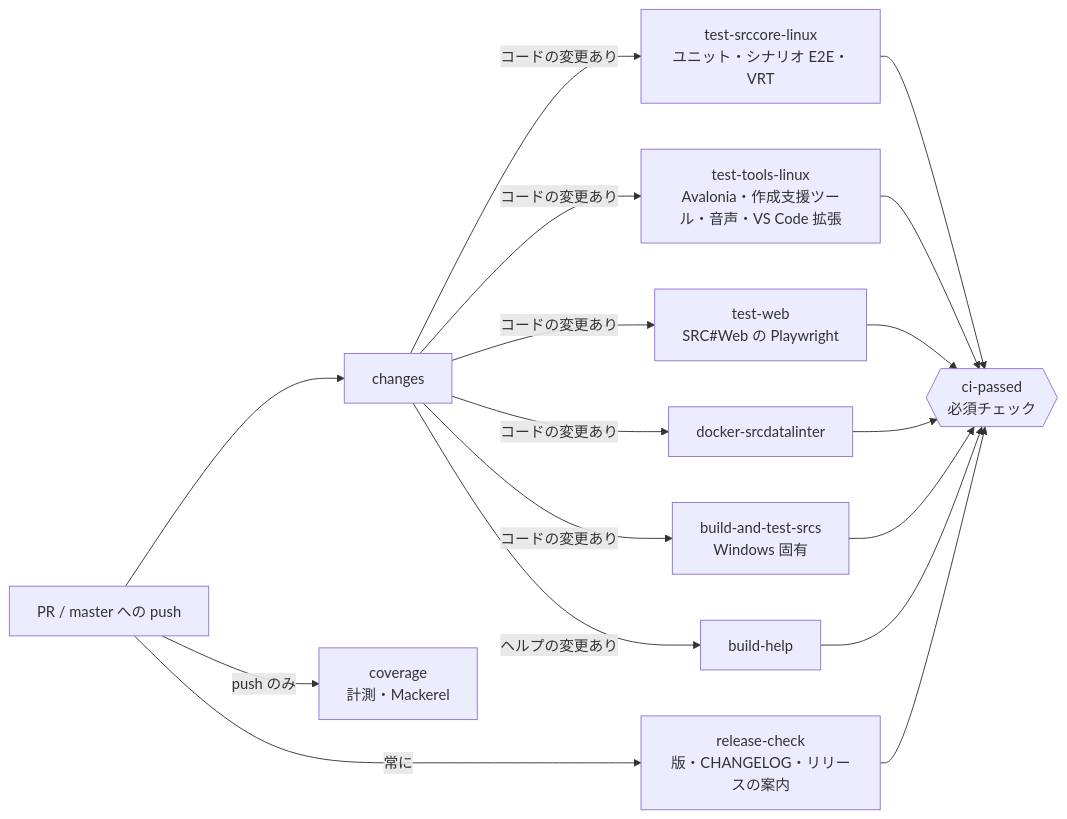
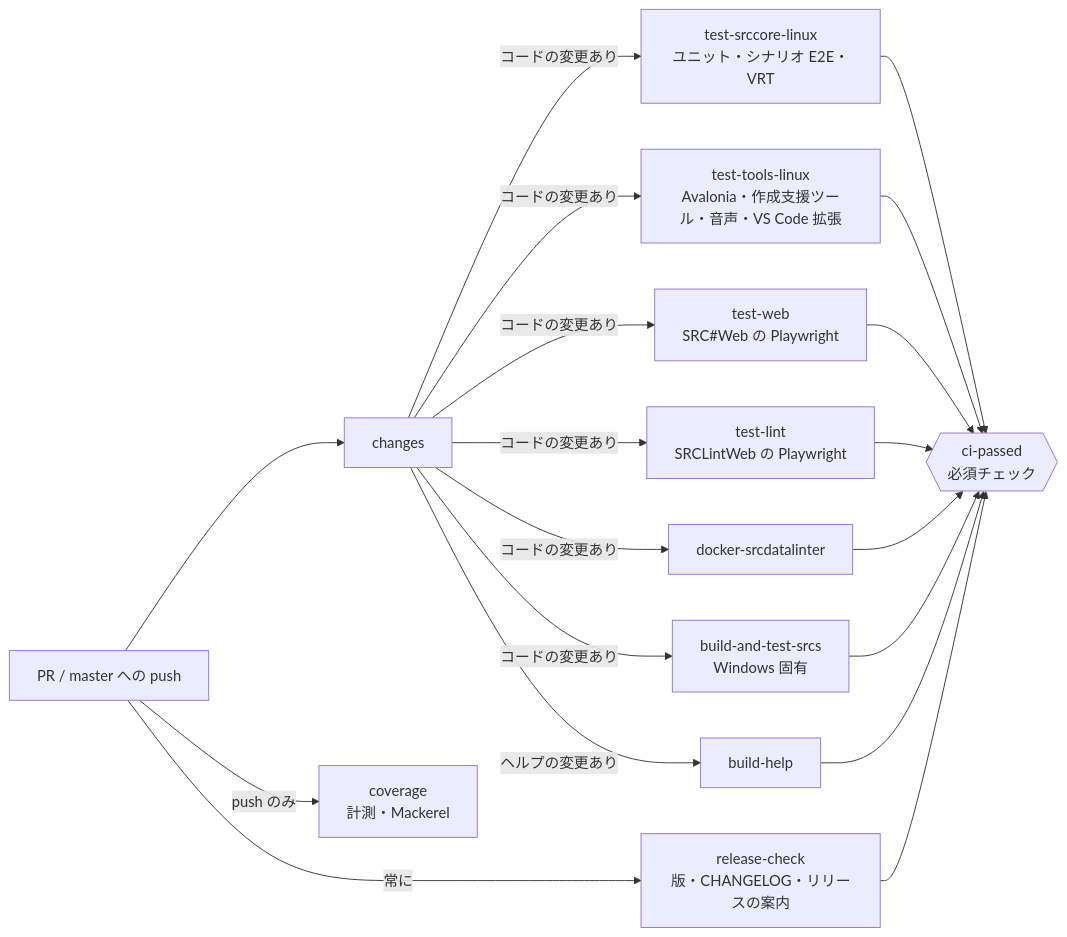
One commit to 7474/SRC changed the diagram in docs/testing.md. Above: the diagram before and after it, drawn with Mermaid. The commit also changed other lines of this file and 3 other files, not shown here.

First line of the commit message:
CI の待ち時間を縮める（SRC#Web の E2E を 2 並列にし、lint を別のジョブにし、NuGet をキャッシュする）

````diff
--- a/docs/testing.md
+++ b/docs/testing.md
@@ -44,13 +44,14 @@
 ```mermaid
 flowchart LR
   PR[PR / master への push] --> changes
   changes -->|コードの変更あり| core[test-srccore-linux<br/>ユニット・シナリオ E2E・VRT]
   changes -->|コードの変更あり| tools[test-tools-linux<br/>Avalonia・作成支援ツール・音声・VS Code 拡張]
   changes -->|コードの変更あり| web[test-web<br/>SRC#Web の Playwright]
+  changes -->|コードの変更あり| lint[test-lint<br/>SRCLintWeb の Playwright]
   changes -->|コードの変更あり| docker[docker-srcdatalinter]
   changes -->|コードの変更あり| win[build-and-test-srcs<br/>Windows 固有]
   changes -->|ヘルプの変更あり| help[build-help]
   PR -->|常に| release[release-check<br/>版・CHANGELOG・リリースの案内]
-  core & tools & web & docker & win & help & release --> gate{{ci-passed<br/>必須チェック}}
+  core & tools & web & lint & docker & win & help & release --> gate{{ci-passed<br/>必須チェック}}
   PR -->|push のみ| coverage[coverage<br/>計測・Mackerel]
 ```
````
